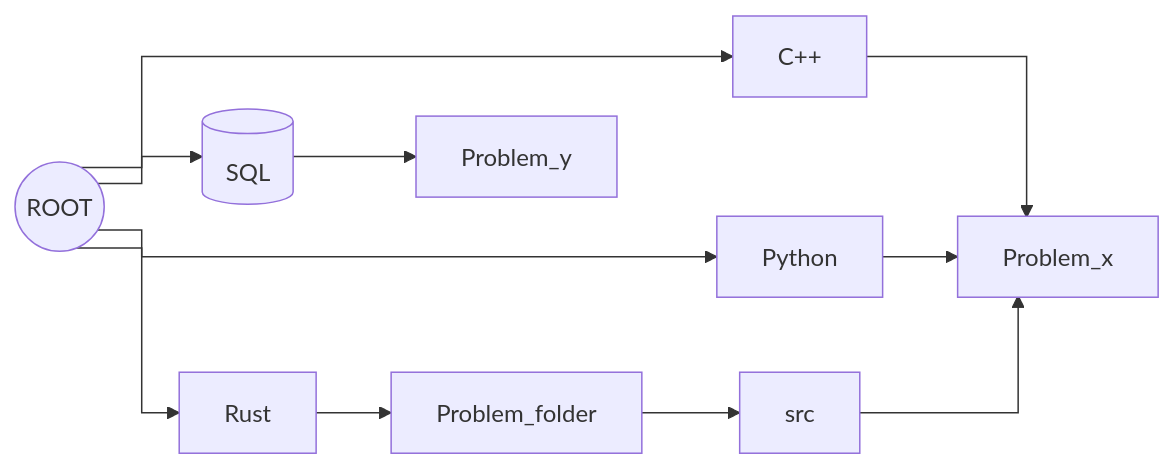
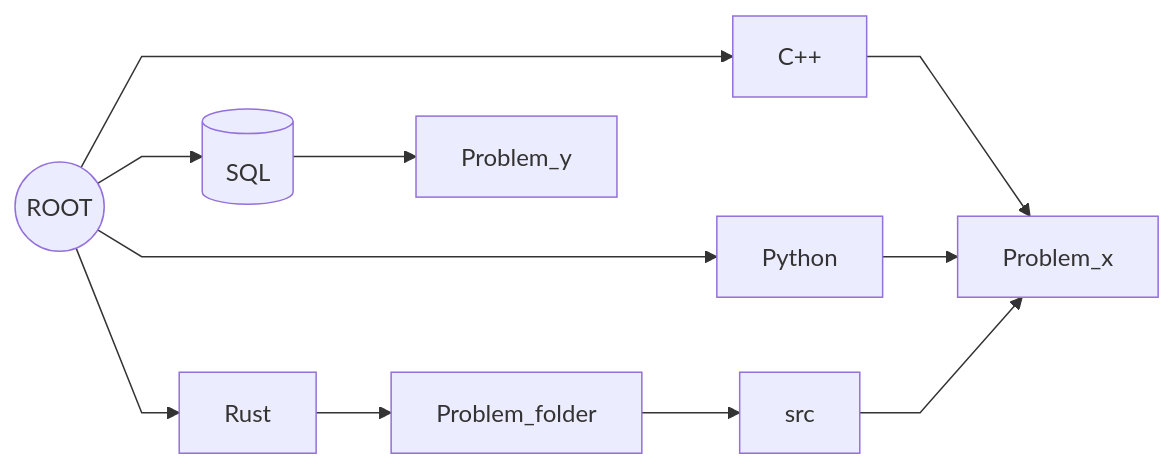
Before and after one commit to kizzandev/LeetCode: the first of 3 diagrams in README.md, drawn with Mermaid.

Commit message:
Changed the Project Structure graph arrow style
Changed from stepAfter to linear

````diff
--- a/README.md
+++ b/README.md
@@ -9,15 +9,15 @@
 ```mermaid
-%%{init: {'flowchart' : {'curve' : 'stepAfter'}}}%%
+%%{init: {'flowchart' : {'curve' : 'linear'}}}%%
 graph LR;
     ROOT((ROOT))
     ROOT-->C++
     ROOT-->Python
     ROOT-->Rust
     ROOT-->SQL[("&nbsp;&nbsp;SQL&nbsp;&nbsp;")]
     C++-->Problem_x
     Python-->Problem_x
     Rust-->Problem_folder
     Problem_folder-->src
     src-->Problem_x
     SQL-->Problem_y
 ```
````
